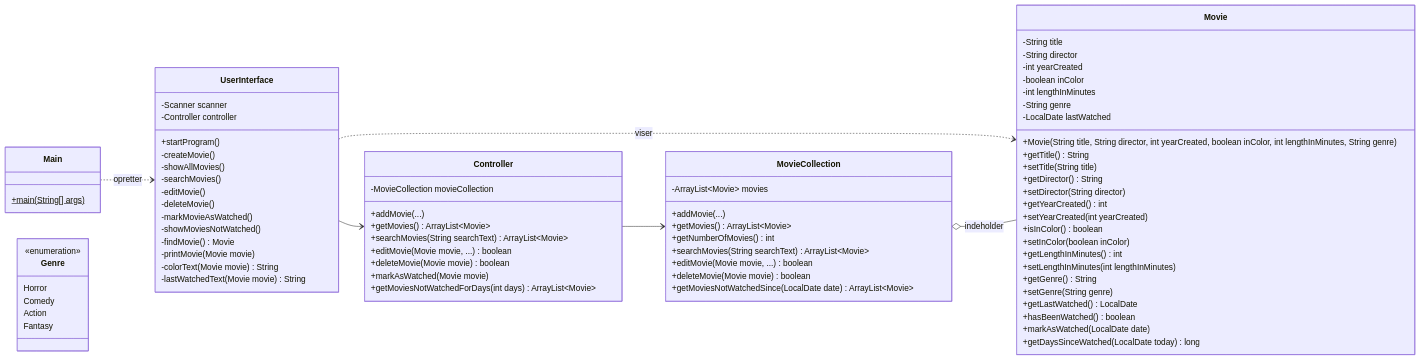
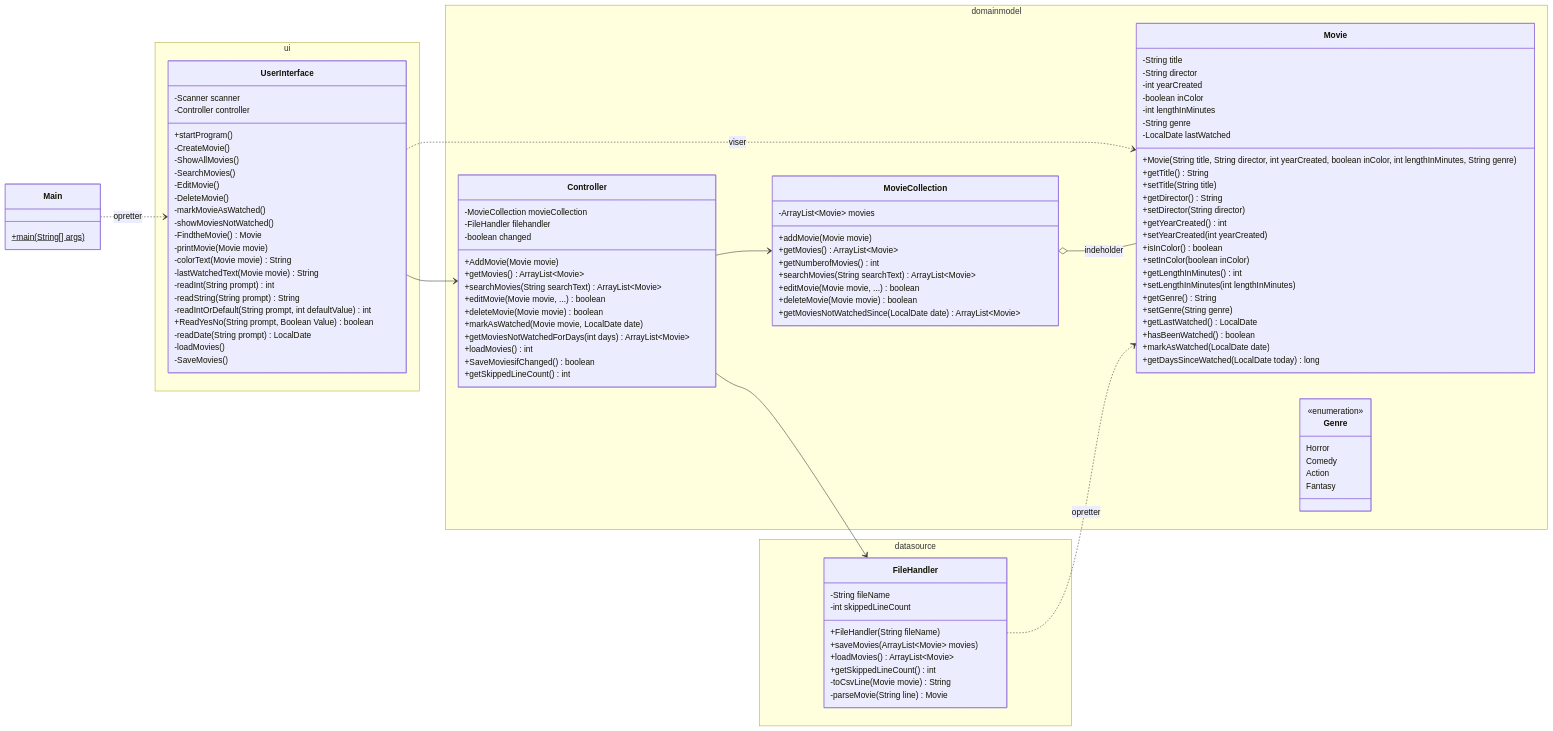
Before and after one commit to Visar122/FilmSamling: the diagram in docs/klassediagram.md, drawn with Mermaid. The commit also changed other lines of this file and 11 other files, not shown here.

Commit message:
US15/del8 klasserne delt i packages ui, domainmodel og datasource

````diff
--- a/docs/klassediagram.md
+++ b/docs/klassediagram.md
@@ -8,83 +10,114 @@
         +main(String[] args)$
     }
 
-    class UserInterface {
-        -Scanner scanner
-        -Controller controller
-        +startProgram()
-        -createMovie()
-        -showAllMovies()
-        -searchMovies()
-        -editMovie()
-        -deleteMovie()
-        -markMovieAsWatched()
-        -showMoviesNotWatched()
-        -findMovie() Movie
-        -printMovie(Movie movie)
-        -colorText(Movie movie) String
-        -lastWatchedText(Movie movie) String
+    namespace ui {
+        class UserInterface {
+            -Scanner scanner
+            -Controller controller
+            +startProgram()
+            -CreateMovie()
+            -ShowAllMovies()
+            -SearchMovies()
+            -EditMovie()
+            -DeleteMovie()
+            -markMovieAsWatched()
+            -showMoviesNotWatched()
+            -FindtheMovie() Movie
+            -printMovie(Movie movie)
+            -colorText(Movie movie) String
+            -lastWatchedText(Movie movie) String
+            -readInt(String prompt) int
+            -readString(String prompt) String
+            -readIntOrDefault(String prompt, int defaultValue) int
+            +ReadYesNo(String prompt, Boolean Value) boolean
+            -readDate(String prompt) LocalDate
+            -loadMovies()
+            -SaveMovies()
+        }
     }
 
-    class Controller {
-        -MovieCollection movieCollection
-        +addMovie(...)
-        +getMovies() ArrayList~Movie~
-        +searchMovies(String searchText) ArrayList~Movie~
-        +editMovie(Movie movie, ...) boolean
-        +deleteMovie(Movie movie) boolean
-        +markAsWatched(Movie movie)
-        +getMoviesNotWatchedForDays(int days) ArrayList~Movie~
+    namespace domainmodel {
+        class Controller {
+            -MovieCollection movieCollection
+            -FileHandler filehandler
+            -boolean changed
+            +AddMovie(Movie movie)
+            +getMovies() ArrayList~Movie~
+            +searchMovies(String searchText) ArrayList~Movie~
+            +editMovie(Movie movie, ...) boolean
+            +deleteMovie(Movie movie) boolean
+            +markAsWatched(Movie movie, LocalDate date)
+            +getMoviesNotWatchedForDays(int days) ArrayList~Movie~
+            +loadMovies() int
+            +SaveMoviesifChanged() boolean
+            +getSkippedLineCount() int
+        }
+
+        class MovieCollection {
+            -ArrayList~Movie~ movies
+            +addMovie(Movie movie)
+            +getMovies() ArrayList~Movie~
+            +getNumberofMovies() int
+            +searchMovies(String searchText) ArrayList~Movie~
+            +editMovie(Movie movie, ...) boolean
+            +deleteMovie(Movie movie) boolean
+            +getMoviesNotWatchedSince(LocalDate date) ArrayList~Movie~
+        }
+
+        class Movie {
+            -String title
+            -String director
+            -int yearCreated
+            -boolean inColor
+            -int lengthInMinutes
+            -String genre
+            -LocalDate lastWatched
+            +Movie(String title, String director, int yearCreated, boolean inColor, int lengthInMinutes, String genre)
+            +getTitle() String
+            +setTitle(String title)
+            +getDirector() String
+            +setDirector(String director)
+            +getYearCreated() int
+            +setYearCreated(int yearCreated)
+            +isInColor() boolean
+            +setInColor(boolean inColor)
+            +getLengthInMinutes() int
+            +setLengthInMinutes(int lengthInMinutes)
+            +getGenre() String
+            +setGenre(String genre)
+            +getLastWatched() LocalDate
+            +hasBeenWatched() boolean
+            +markAsWatched(LocalDate date)
+            +getDaysSinceWatched(LocalDate today) long
+        }
+
+        class Genre {
+            <<enumeration>>
+            Horror
+            Comedy
+            Action
+            Fantasy
+        }
     }
 
-    class MovieCollection {
-        -ArrayList~Movie~ movies
-        +addMovie(...)
-        +getMovies() ArrayList~Movie~
-        +getNumberOfMovies() int
-        +searchMovies(String searchText) ArrayList~Movie~
-        +editMovie(Movie movie, ...) boolean
-        +deleteMovie(Movie movie) boolean
-        +getMoviesNotWatchedSince(LocalDate date) ArrayList~Movie~
-    }
-
-    class Movie {
-        -String title
-        -String director
-        -int yearCreated
-        -boolean inColor
-        -int lengthInMinutes
-        -String genre
-        -LocalDate lastWatched
-        +Movie(String title, String director, int yearCreated, boolean inColor, int lengthInMinutes, String genre)
-        +getTitle() String
-        +setTitle(String title)
-        +getDirector() String
-        +setDirector(String director)
-        +getYearCreated() int
-        +setYearCreated(int yearCreated)
-        +isInColor() boolean
-        +setInColor(boolean inColor)
-        +getLengthInMinutes() int
-        +setLengthInMinutes(int lengthInMinutes)
-        +getGenre() String
-        +setGenre(String genre)
-        +getLastWatched() LocalDate
-        +hasBeenWatched() boolean
-        +markAsWatched(LocalDate date)
-        +getDaysSinceWatched(LocalDate today) long
-    }
-
-    class Genre {
-        <<enumeration>>
-        Horror
-        Comedy
-        Action
-        Fantasy
+    namespace datasource {
+        class FileHandler {
+            -String fileName
+            -int skippedLineCount
+            +FileHandler(String fileName)
+            +saveMovies(ArrayList~Movie~ movies)
+            +loadMovies() ArrayList~Movie~
+            +getSkippedLineCount() int
+            -toCsvLine(Movie movie) String
+            -parseMovie(String line) Movie
+        }
     }
 
     Main ..> UserInterface : opretter
     UserInterface --> Controller
     UserInterface ..> Movie : viser
     Controller --> MovieCollection
+    Controller --> FileHandler
     MovieCollection o-- Movie : indeholder
+    FileHandler ..> Movie : opretter
 ```
````
